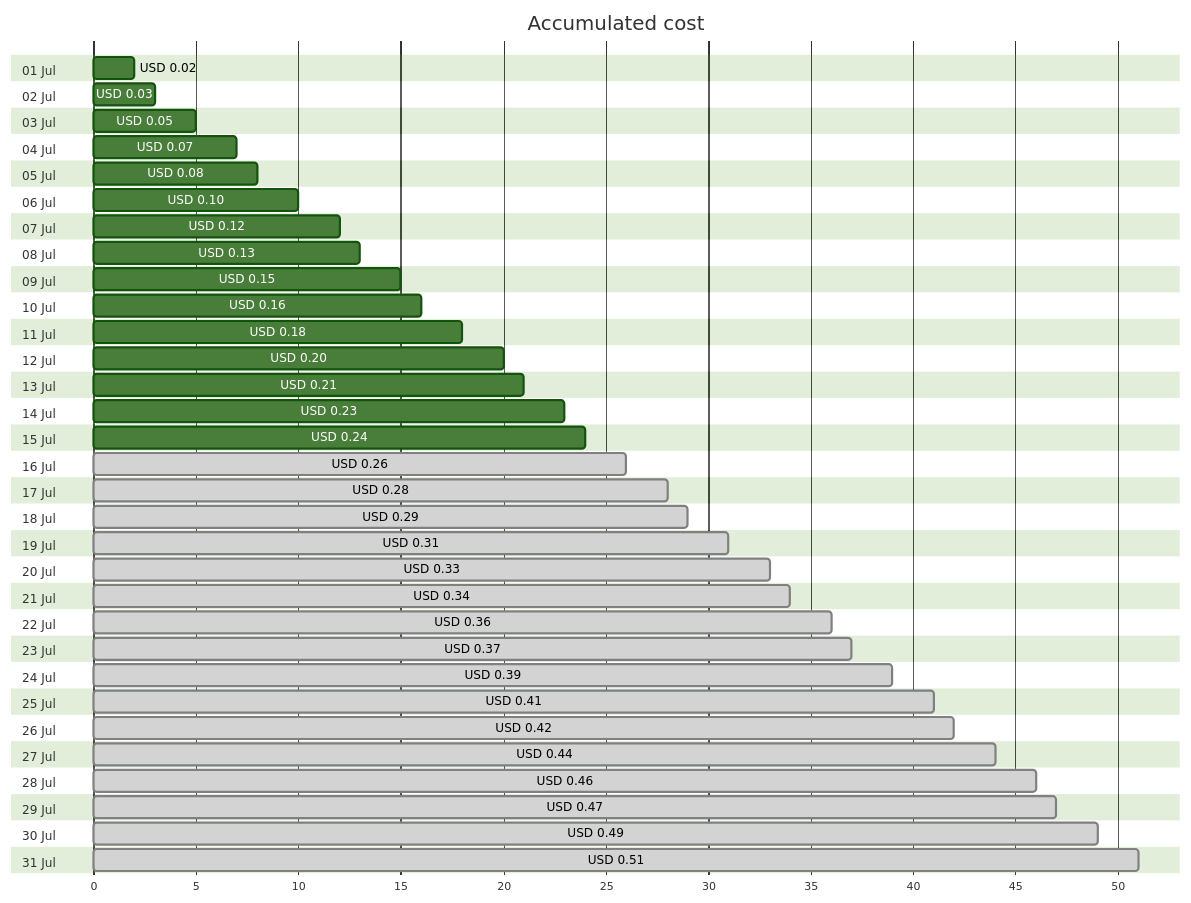
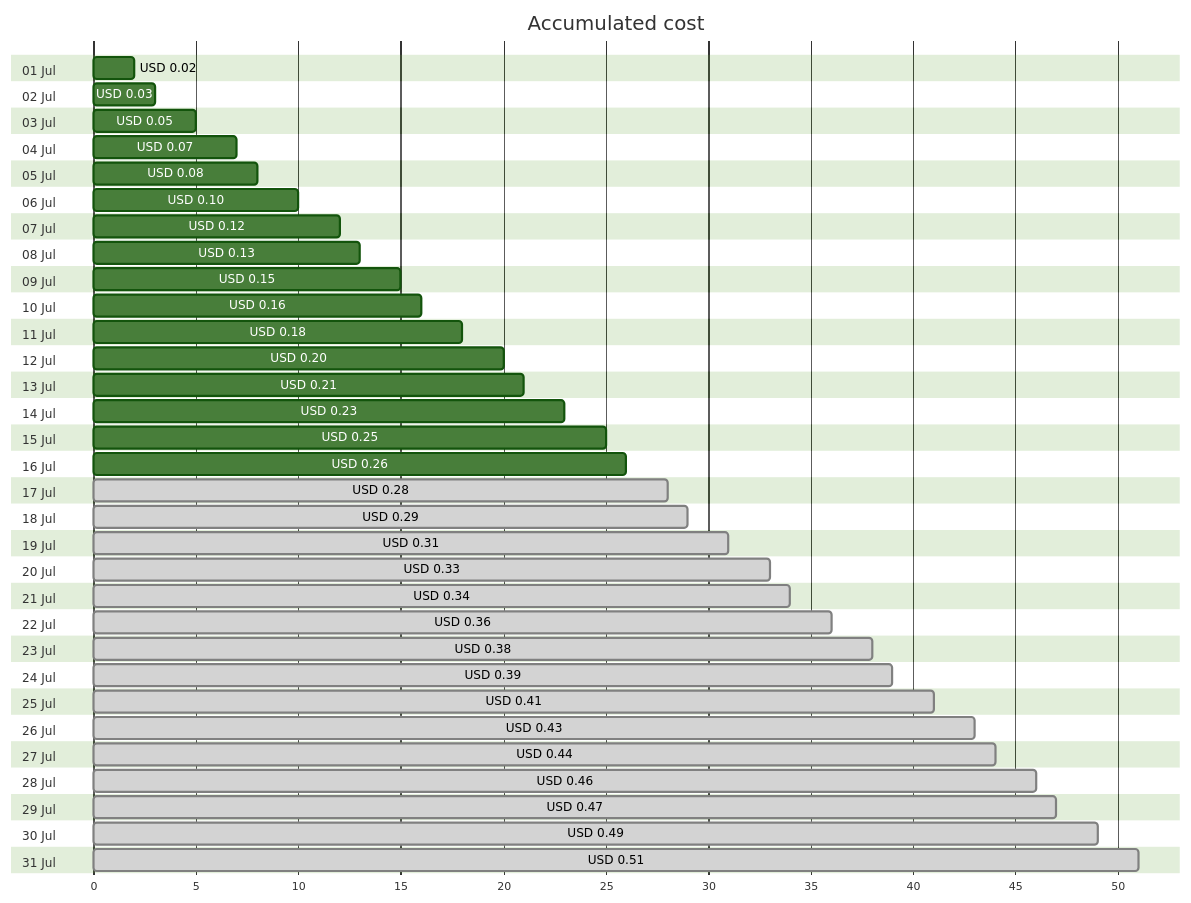
The first of 4 diagrams in cost-reports/personal-dns/jpatrickfulton.com.md (jpfulton/azure-personal-reports), drawn with Mermaid (forest theme) before and after one commit. The commit also changed other lines of this file and 2 other files, not shown here.

````diff
--- a/cost-reports/personal-dns/jpatrickfulton.com.md
+++ b/cost-reports/personal-dns/jpatrickfulton.com.md
@@ -20,68 +20,68 @@
 ```mermaid
 gantt
    title Accumulated cost
    dateFormat  X
    axisFormat %s
    section 01 Jul
    USD 0.02 :0, 2
    section 02 Jul
    USD 0.03 :0, 3
    section 03 Jul
    USD 0.05 :0, 5
    section 04 Jul
    USD 0.07 :0, 7
    section 05 Jul
    USD 0.08 :0, 8
    section 06 Jul
    USD 0.10 :0, 10
    section 07 Jul
    USD 0.12 :0, 12
    section 08 Jul
    USD 0.13 :0, 13
    section 09 Jul
    USD 0.15 :0, 15
    section 10 Jul
    USD 0.16 :0, 16
    section 11 Jul
    USD 0.18 :0, 18
    section 12 Jul
    USD 0.20 :0, 20
    section 13 Jul
    USD 0.21 :0, 21
    section 14 Jul
    USD 0.23 :0, 23
    section 15 Jul
-   USD 0.24 :0, 24
+   USD 0.25 :0, 25
    section 16 Jul
-   USD 0.26 : done, 0, 26
+   USD 0.26 :0, 26
    section 17 Jul
    USD 0.28 : done, 0, 28
    section 18 Jul
    USD 0.29 : done, 0, 29
    section 19 Jul
    USD 0.31 : done, 0, 31
    section 20 Jul
    USD 0.33 : done, 0, 33
    section 21 Jul
    USD 0.34 : done, 0, 34
    section 22 Jul
    USD 0.36 : done, 0, 36
    section 23 Jul
-   USD 0.37 : done, 0, 37
+   USD 0.38 : done, 0, 38
    section 24 Jul
    USD 0.39 : done, 0, 39
    section 25 Jul
    USD 0.41 : done, 0, 41
    section 26 Jul
-   USD 0.42 : done, 0, 42
+   USD 0.43 : done, 0, 43
    section 27 Jul
    USD 0.44 : done, 0, 44
    section 28 Jul
    USD 0.46 : done, 0, 46
    section 29 Jul
    USD 0.47 : done, 0, 47
    section 30 Jul
    USD 0.49 : done, 0, 49
    section 31 Jul
    USD 0.51 : done, 0, 51
 ```
````
